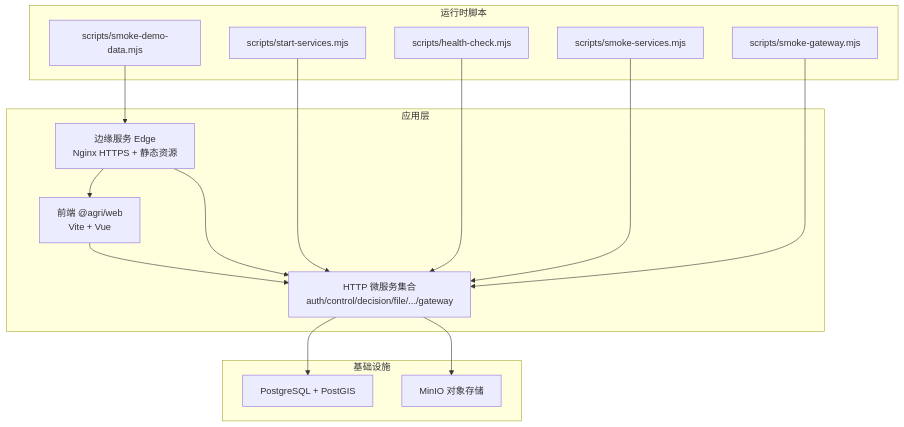
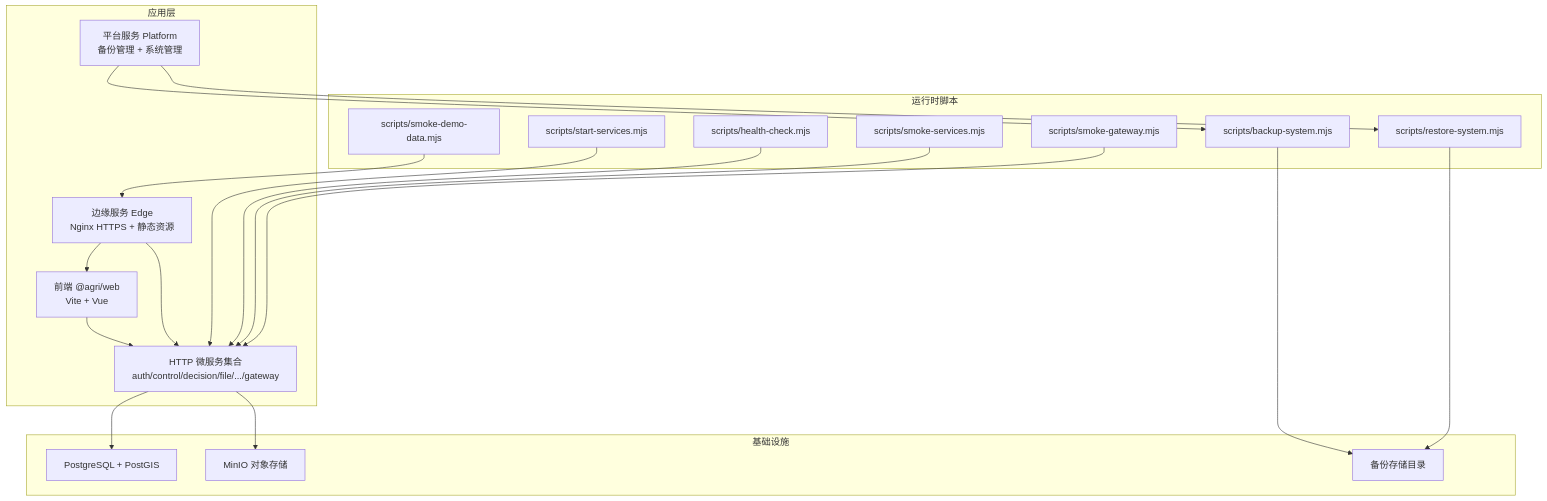
One commit to q446328246/agri-platform changed the first of 4 diagrams in .qoder/repowiki/zh/content/部署运维/部署策略.md. Above: the diagram before and after it, drawn with Mermaid. The commit also changed other lines of this file and 49 other files, not shown here.

````diff
--- a/.qoder/repowiki/zh/content/部署运维/部署策略.md
+++ b/.qoder/repowiki/zh/content/部署运维/部署策略.md
@@ -54,29 +59,37 @@
 ```mermaid
 graph TB
 subgraph "应用层"
 WEB["前端 @agri/web<br/>Vite + Vue"]
 SERVICES["HTTP 微服务集合<br/>auth/control/decision/file/.../gateway"]
 EDGE["边缘服务 Edge<br/>Nginx HTTPS + 静态资源"]
+PLATFORM["平台服务 Platform<br/>备份管理 + 系统管理"]
 end
 subgraph "运行时脚本"
 START["scripts/start-services.mjs"]
 HEALTH["scripts/health-check.mjs"]
 SMOKE["scripts/smoke-services.mjs"]
 SMOKE_DEMO["scripts/smoke-demo-data.mjs"]
 SMOKE_GATEWAY["scripts/smoke-gateway.mjs"]
+BACKUP["scripts/backup-system.mjs"]
+RESTORE["scripts/restore-system.mjs"]
 end
 subgraph "基础设施"
 PG["PostgreSQL + PostGIS"]
 MINIO["MinIO 对象存储"]
+BACKUP_DIR["备份存储目录"]
 end
 WEB --> SERVICES
 SERVICES --> PG
 SERVICES --> MINIO
 EDGE --> WEB
 EDGE --> SERVICES
+PLATFORM --> BACKUP
+PLATFORM --> RESTORE
+BACKUP --> BACKUP_DIR
+RESTORE --> BACKUP_DIR
 START --> SERVICES
 HEALTH --> SERVICES
 SMOKE --> SERVICES
 SMOKE_DEMO --> EDGE
 SMOKE_GATEWAY --> SERVICES
 ```
````
